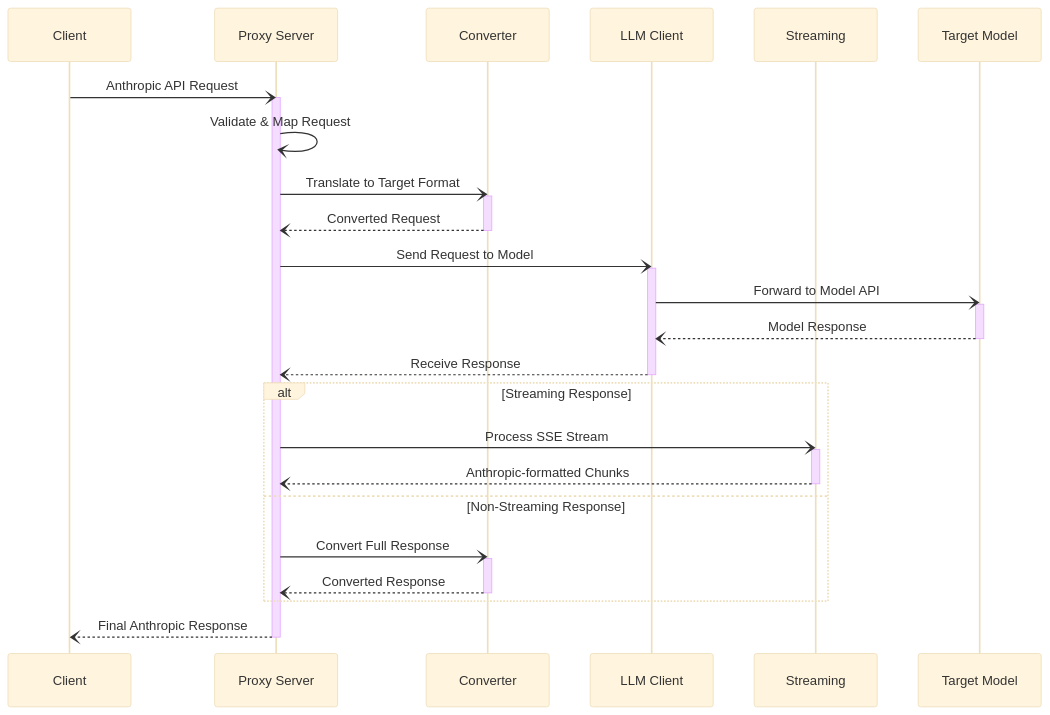
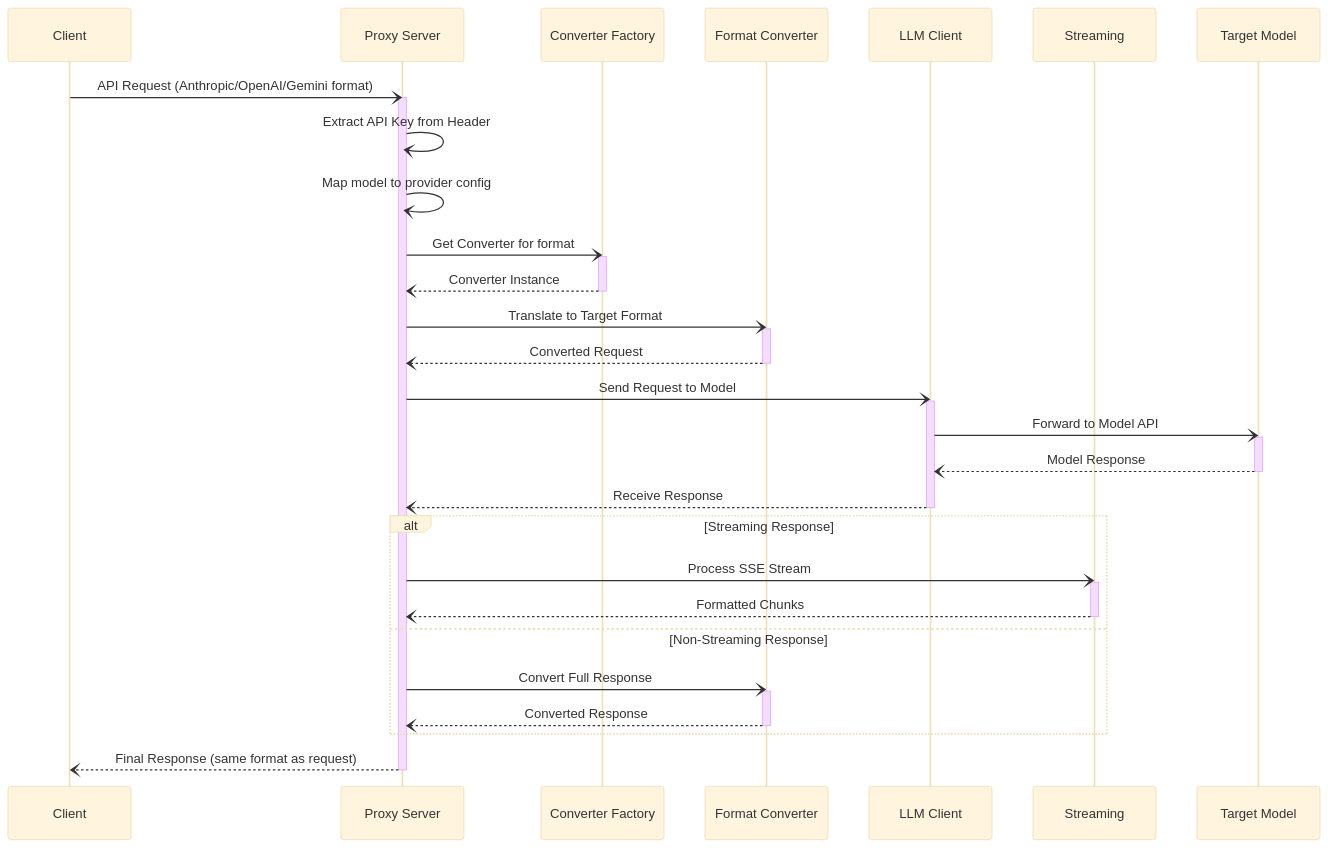
The diagram in docs/architecture.md (tizee/anthropic-proxy), drawn with Mermaid (base theme) before and after one commit. The commit also changed other lines of this file and 29 other files, not shown here.

````diff
--- a/docs/architecture.md
+++ b/docs/architecture.md
@@ -46,42 +67,49 @@
 ```mermaid
 sequenceDiagram
     participant C as Client
     participant P as Proxy Server
-    participant Conv as Converter
+    participant CF as Converter Factory
+    participant Conv as Format Converter
     participant LLMC as LLM Client
     participant S as Streaming
     participant T as Target Model
 
-    C-)P: Anthropic API Request
+    C-)P: API Request (Anthropic/OpenAI/Gemini format)
     activate P
 
-    P-)P: Validate & Map Request
+    P-)P: Extract API Key from Header
+    P-)P: Map model to provider config
+    P-)CF: Get Converter for format
+    activate CF
+    CF--)P: Converter Instance
+    deactivate CF
+
     P-)Conv: Translate to Target Format
     activate Conv
     Conv--)P: Converted Request
     deactivate Conv
 
     P-)LLMC: Send Request to Model
     activate LLMC
     LLMC-)T: Forward to Model API
     activate T
     T--)LLMC: Model Response
     deactivate T
     LLMC--)P: Receive Response
     deactivate LLMC
 
     alt Streaming Response
         P-)S: Process SSE Stream
         activate S
-        S--)P: Anthropic-formatted Chunks
+        S--)P: Formatted Chunks
         deactivate S
     else Non-Streaming Response
         P-)Conv: Convert Full Response
         activate Conv
         Conv--)P: Converted Response
         deactivate Conv
     end
 
-    P--)C: Final Anthropic Response
+    P--)C: Final Response (same format as request)
     deactivate P
 ```
````
